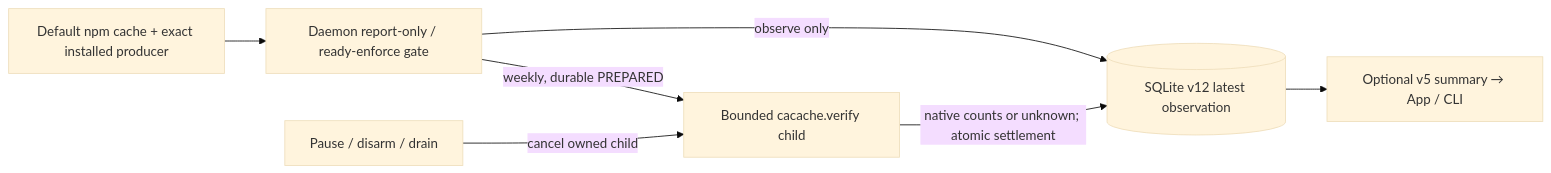
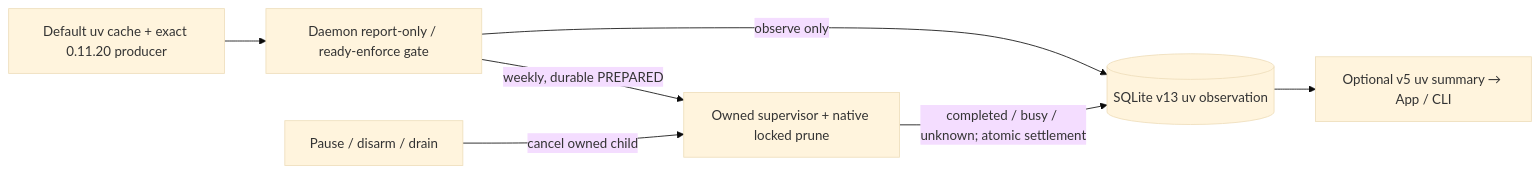
One commit to IndelibleVivi/unlinger changed the diagram in docs/ARCHITECTURE.md. Above: the diagram before and after it, drawn with Mermaid (base theme). The commit also changed other lines of this file and 42 other files, not shown here.

Commit message:
replace npm cache upkeep with supervised native uv prune

````diff
--- a/docs/ARCHITECTURE.md
+++ b/docs/ARCHITECTURE.md
@@ -55,9 +57,9 @@
 ```mermaid
 flowchart LR
-  probe["Default npm cache + exact installed producer"] --> gate["Daemon report-only / ready-enforce gate"]
-  gate -->|observe only| db[("SQLite v12 latest observation")]
-  gate -->|weekly, durable PREPARED| native["Bounded cacache.verify child"]
-  native -->|native counts or unknown; atomic settlement| db
-  db --> view["Optional v5 summary → App / CLI"]
+  probe["Default uv cache + exact 0.11.20 producer"] --> gate["Daemon report-only / ready-enforce gate"]
+  gate -->|observe only| db[("SQLite v13 uv observation")]
+  gate -->|weekly, durable PREPARED| native["Owned supervisor + native locked prune"]
+  native -->|completed / busy / unknown; atomic settlement| db
+  db --> view["Optional v5 uv summary → App / CLI"]
   pause["Pause / disarm / drain"] -->|cancel owned child| native
 ```
````
